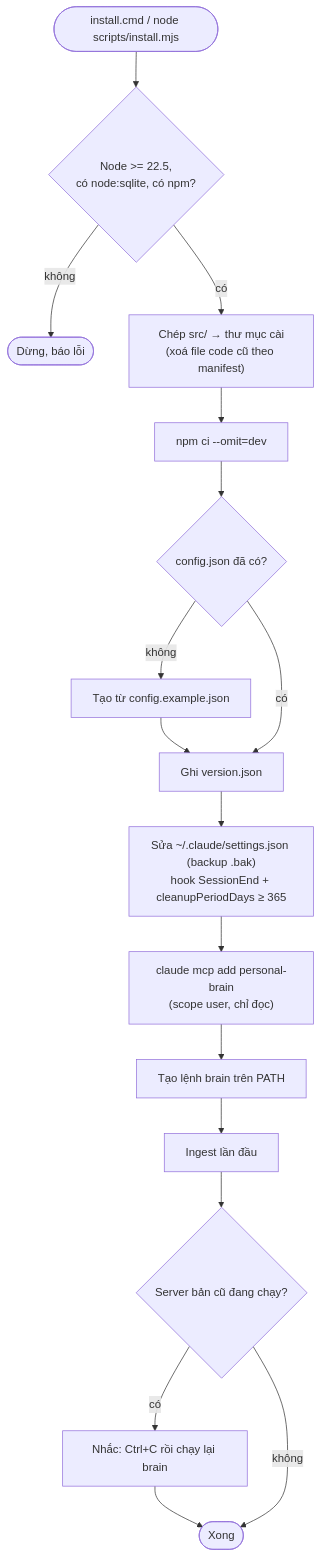
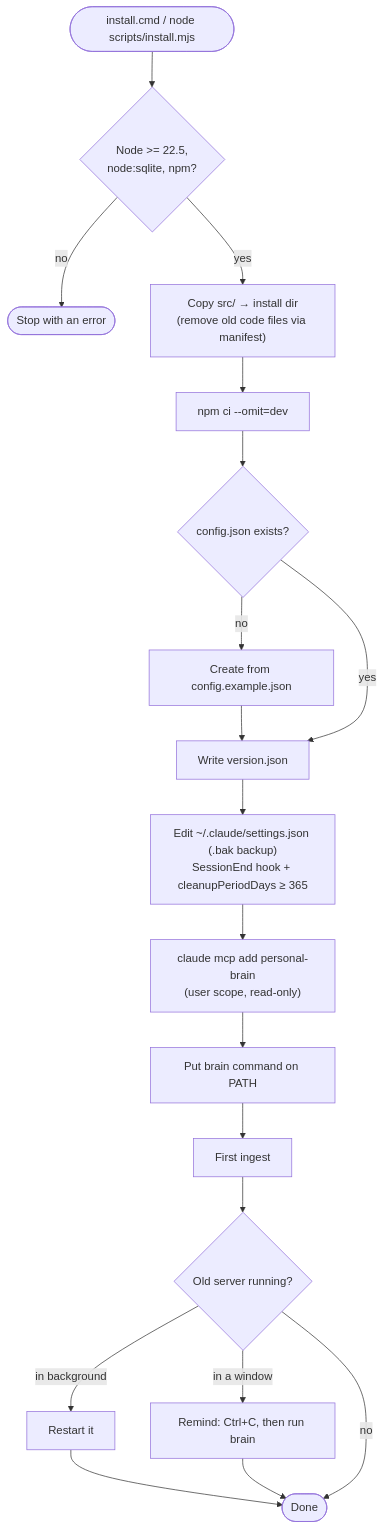
One commit to hienct-fpt/personal-brain changed the first of 4 diagrams in README.md. Above: the diagram before and after it, drawn with Mermaid. The commit also changed other lines of this file and 11 other files, not shown here.

````diff
--- a/README.md
+++ b/README.md
@@ -53,17 +56,18 @@
 ```mermaid
 flowchart TD
-  A([install.cmd / node scripts/install.mjs]) --> B{"Node >= 22.5,<br/>có node:sqlite, có npm?"}
-  B -- không --> X([Dừng, báo lỗi])
-  B -- có --> C["Chép src/ → thư mục cài<br/>(xoá file code cũ theo manifest)"]
+  A([install.cmd / node scripts/install.mjs]) --> B{"Node >= 22.5,<br/>node:sqlite, npm?"}
+  B -- no --> X([Stop with an error])
+  B -- yes --> C["Copy src/ → install dir<br/>(remove old code files via manifest)"]
   C --> D["npm ci --omit=dev"]
-  D --> E{"config.json đã có?"}
-  E -- không --> E1["Tạo từ config.example.json"] --> F
-  E -- có --> F["Ghi version.json"]
-  F --> G["Sửa ~/.claude/settings.json (backup .bak)<br/>hook SessionEnd + cleanupPeriodDays ≥ 365"]
-  G --> G2["claude mcp add personal-brain<br/>(scope user, chỉ đọc)"]
-  G2 --> H["Tạo lệnh brain trên PATH"]
-  H --> I["Ingest lần đầu"]
-  I --> J{"Server bản cũ đang chạy?"}
-  J -- có --> J1["Nhắc: Ctrl+C rồi chạy lại brain"] --> Z
-  J -- không --> Z([Xong])
+  D --> E{"config.json exists?"}
+  E -- no --> E1["Create from config.example.json"] --> F
+  E -- yes --> F["Write version.json"]
+  F --> G["Edit ~/.claude/settings.json (.bak backup)<br/>SessionEnd hook + cleanupPeriodDays ≥ 365"]
+  G --> G2["claude mcp add personal-brain<br/>(user scope, read-only)"]
+  G2 --> H["Put brain command on PATH"]
+  H --> I["First ingest"]
+  I --> J{"Old server running?"}
+  J -- "in background" --> J1["Restart it"] --> Z
+  J -- "in a window" --> J2["Remind: Ctrl+C, then run brain"] --> Z
+  J -- no --> Z([Done])
 ```
````
